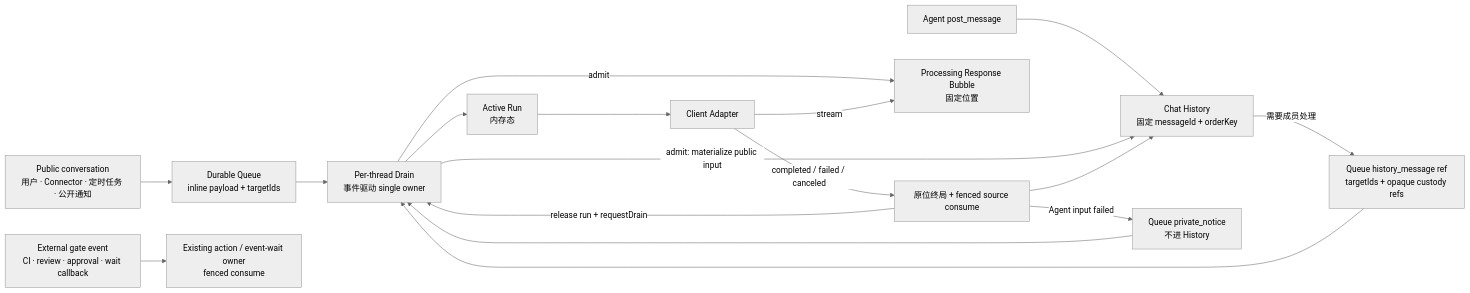
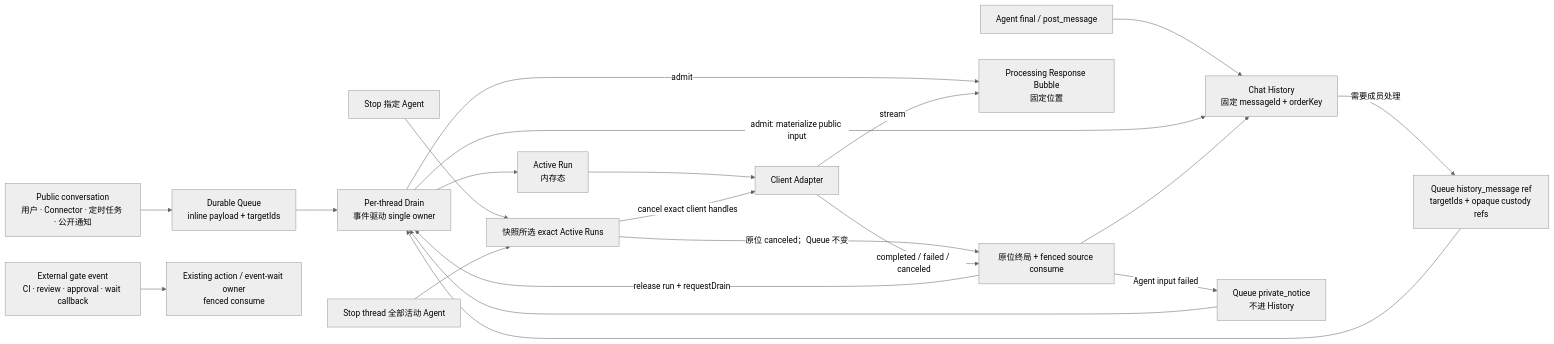
Before and after one commit to zts212653/clowder-ai: the first of 2 diagrams in docs/architecture/message-delivery-handling-handoff-audit.md, drawn with Mermaid (neutral theme). The commit also changed other lines of this file, not shown here.

First line of the commit message:
docs(a2a): clarify agent wake and stop semantics

````diff
--- a/docs/architecture/message-delivery-handling-handoff-audit.md
+++ b/docs/architecture/message-delivery-handling-handoff-audit.md
@@ -78,19 +78,23 @@
 ```mermaid
 flowchart LR
     E["Public conversation<br/>用户 · Connector · 定时任务 · 公开通知"] --> Q["Durable Queue<br/>inline payload + targetIds"]
     G["External gate event<br/>CI · review · approval · wait callback"] --> W["Existing action / event-wait owner<br/>fenced consume"]
-    P["Agent post_message"] --> H["Chat History<br/>固定 messageId + orderKey"]
+    P["Agent final / post_message"] --> H["Chat History<br/>固定 messageId + orderKey"]
     H -->|"需要成员处理"| Q2["Queue history_message ref<br/>targetIds + opaque custody refs"]
     Q --> D["Per-thread Drain<br/>事件驱动 single owner"]
     Q2 --> D
     D -->|"admit: materialize public input"| H
     D -->|"admit"| B["Processing Response Bubble<br/>固定位置"]
     D --> A["Active Run<br/>内存态"]
     A --> C["Client Adapter"]
+    S1["Stop 指定 Agent"] --> X["快照所选 exact Active Runs"]
+    S2["Stop thread 全部活动 Agent"] --> X
+    X -->|"原位 canceled；Queue 不变"| T
+    X -->|"cancel exact client handles"| C
     C -->|"stream"| B
     C -->|"completed / failed / canceled"| T["原位终局 + fenced source consume"]
     T --> H
     T -->|"Agent input failed"| N["Queue private_notice<br/>不进 History"]
     N --> D
     T -->|"release run + requestDrain"| D
 ```
````
